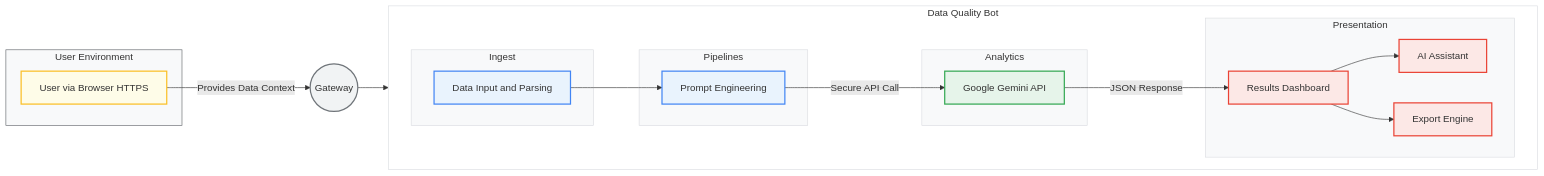
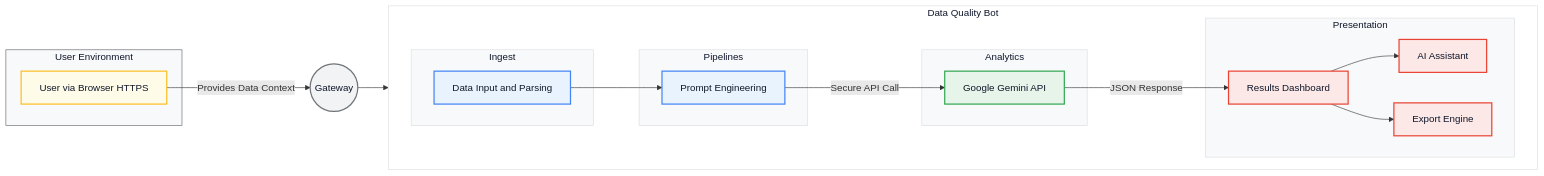
One commit to chtsalvishal/DQ_Gen_AI_Bot changed the first of 2 diagrams in README.md. Above: the diagram before and after it, drawn with Mermaid. The commit also changed other lines of this file, not shown here.

Commit message:
docs: Improve Mermaid diagram readability
Adds `color:#0f172a` to Mermaid diagram styles to ensure text is visible against varied backgrounds, improving the overall readability of the documentation diagrams.

````diff
--- a/README.md
+++ b/README.md
@@ -20,48 +20,48 @@
 ```mermaid
 graph LR
     subgraph userenv [User Environment]
         A[User via Browser HTTPS]:::userNode
     end
 
     B((Gateway)):::gatewayNode
     
     A -- Provides Data Context --> B
 
     subgraph botlogic [Data Quality Bot]
         direction LR
         subgraph ingest [Ingest]
             C[Data Input and Parsing]:::processNode
         end
         subgraph pipelines [Pipelines]
             D[Prompt Engineering]:::processNode
         end
         subgraph analytics [Analytics]
             E[Google Gemini API]:::apiNode
         end
         subgraph presentation [Presentation]
             F[Results Dashboard]:::outputNode
             G[AI Assistant]:::outputNode
             H[Export Engine]:::outputNode
         end
     end
 
     B --> C
     C --> D
     D -- Secure API Call --> E
     E -- JSON Response --> F
     F --> G
     F --> H
     
-    style userenv fill:#F8F9FA,stroke:#5F6368
-    style botlogic fill:#FFFFFF,stroke:#DADCE0
-    style ingest fill:#F8F9FA,stroke:#DADCE0
-    style pipelines fill:#F8F9FA,stroke:#DADCE0
-    style analytics fill:#F8F9FA,stroke:#DADCE0
-    style presentation fill:#F8F9FA,stroke:#DADCE0
+    style userenv fill:#F8F9FA,stroke:#5F6368,color:#0f172a
+    style botlogic fill:#FFFFFF,stroke:#DADCE0,color:#0f172a
+    style ingest fill:#F8F9FA,stroke:#DADCE0,color:#0f172a
+    style pipelines fill:#F8F9FA,stroke:#DADCE0,color:#0f172a
+    style analytics fill:#F8F9FA,stroke:#DADCE0,color:#0f172a
+    style presentation fill:#F8F9FA,stroke:#DADCE0,color:#0f172a
 
-    classDef userNode fill:#FEFCE8,stroke:#FBBF24,stroke-width:2px
-    classDef gatewayNode fill:#F1F3F4,stroke:#70757A,stroke-width:2px
-    classDef processNode fill:#E9F3FD,stroke:#4285F4,stroke-width:2px
-    classDef apiNode fill:#E6F4EA,stroke:#34A853,stroke-width:2px
-    classDef outputNode fill:#FCE8E6,stroke:#EA4335,stroke-width:2px
+    classDef userNode fill:#FEFCE8,stroke:#FBBF24,stroke-width:2px,color:#0f172a
+    classDef gatewayNode fill:#F1F3F4,stroke:#70757A,stroke-width:2px,color:#0f172a
+    classDef processNode fill:#E9F3FD,stroke:#4285F4,stroke-width:2px,color:#0f172a
+    classDef apiNode fill:#E6F4EA,stroke:#34A853,stroke-width:2px,color:#0f172a
+    classDef outputNode fill:#FCE8E6,stroke:#EA4335,stroke-width:2px,color:#0f172a
 ```
````
